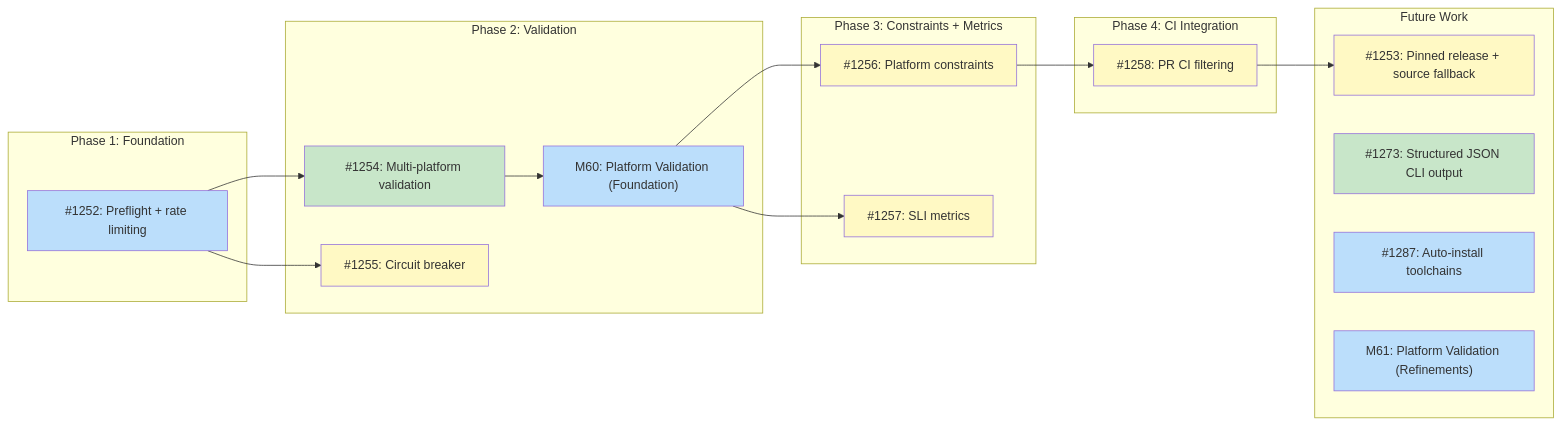
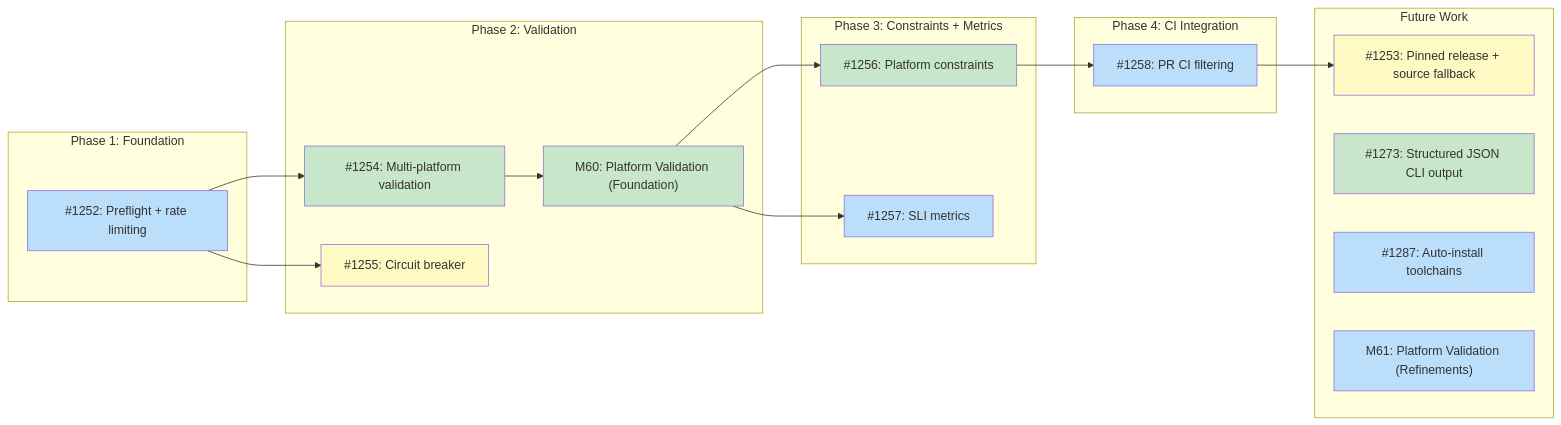
Before and after one commit to tsukumogami/tsuku: the diagram in docs/designs/DESIGN-batch-recipe-generation.md, drawn with Mermaid. The commit also changed other lines of this file and 1 other file, not shown here.

Commit message:
docs(design): add DESIGN-merge-job-completion (Planned) (#1344)
Add DESIGN-merge-job-completion.md covering the remaining merge job
capabilities from DESIGN-batch-recipe-generation.md: batch_id generation
with git trailers, SLI metrics collection, circuit breaker integration,
queue status updates, and auto-merge gating for clean batches.

Shell-first approach matches the existing merge job pattern.
Conservative auto-merge (fail-open, zero-exclusion gate) is appropriate
for an unproven pipeline. Design status is Planned with 5 implementation
issues created in milestone M63.

````diff
--- a/docs/designs/DESIGN-batch-recipe-generation.md
+++ b/docs/designs/DESIGN-batch-recipe-generation.md
@@ -32,48 +32,49 @@
 ```mermaid
 graph LR
     subgraph Phase1["Phase 1: Foundation"]
         I1252["#1252: Preflight + rate limiting"]
     end
 
     subgraph Phase2["Phase 2: Validation"]
         I1254["#1254: Multi-platform validation"]
         I1255["#1255: Circuit breaker"]
         M60["M60: Platform Validation (Foundation)"]
     end
 
     subgraph Phase3["Phase 3: Constraints + Metrics"]
         I1256["#1256: Platform constraints"]
         I1257["#1257: SLI metrics"]
     end
 
     subgraph Phase4["Phase 4: CI Integration"]
         I1258["#1258: PR CI filtering"]
     end
 
     subgraph Future["Future Work"]
         I1253["#1253: Pinned release + source fallback"]
         I1273["#1273: Structured JSON CLI output"]
         I1287["#1287: Auto-install toolchains"]
         M61["M61: Platform Validation (Refinements)"]
     end
 
     I1252 --> I1254
     I1252 --> I1255
     I1254 --> M60
     M60 --> I1256
     M60 --> I1257
     I1256 --> I1258
     I1258 --> I1253
 
     classDef done fill:#c8e6c9
     classDef ready fill:#bbdefb
     classDef blocked fill:#fff9c4
     classDef needsDesign fill:#e1bee7
 
     class I1252 ready
     class I1253 blocked
     class I1254,I1273 done
     class I1252,I1287,M61 ready
-    class M60 ready
-    class I1255,I1256,I1257,I1258 blocked
+    class M60,I1256 done
+    class I1255 blocked
+    class I1257,I1258 ready
 ```
````
